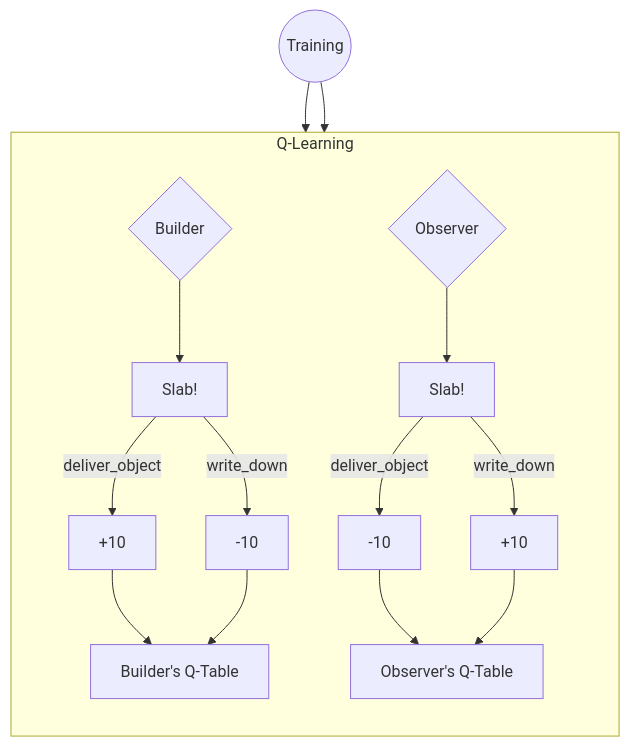
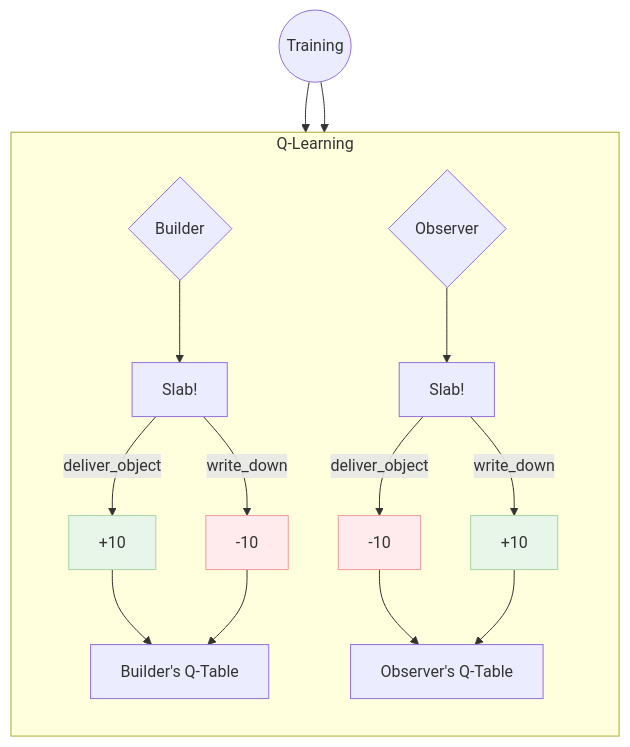
Before and after one commit to leosantos2003/Language-Games: the first of 2 diagrams in README.md, drawn with Mermaid.

````diff
--- a/README.md
+++ b/README.md
@@ -58,29 +58,35 @@
 ```mermaid
 graph TD
     %% --- INÍCIO ---
     Start((Training)) --> Ag1{Builder}
     Start --> Ag2{Observer}
 
     %% --- ÁREA Q-LEARNING ---
     subgraph Q_Learning [Q-Learning]
         direction TB
         
         %% Caminho do Agente 1
         Ag1 --> InputZ_A1["Slab!"]
         InputZ_A1 -- deliver_object --> Pos1[+10]:::greenish
         InputZ_A1 -- write_down --> Neg1[-10]:::reddish
         
         %% Agente 1 atualiza a Q-Table 1
         Pos1 --> QT1[Builder's Q-Table]
         Neg1 --> QT1
 
         %% Caminho do Agente 2
         Ag2 --> InputZ_A2["Slab!"]
         InputZ_A2 -- deliver_object --> Pos2[-10]:::reddish
         InputZ_A2 -- write_down --> Neg2[+10]:::greenish
 
         %% Agente 2 atualiza a Q-Table 2
         Pos2 --> QT2[Observer's Q-Table]
         Neg2 --> QT2
     end
+
+    %% --- DEFINIÇÃO DE ESTILOS SUAVES ---
+    %% Verde claro para positivo
+    classDef greenish fill:#e8f5e9,stroke:#a5d6a7,stroke-width:1px;
+    %% Vermelho claro para negativo
+    classDef reddish fill:#ffebee,stroke:#ef9a9a,stroke-width:1px;
 ```
````
